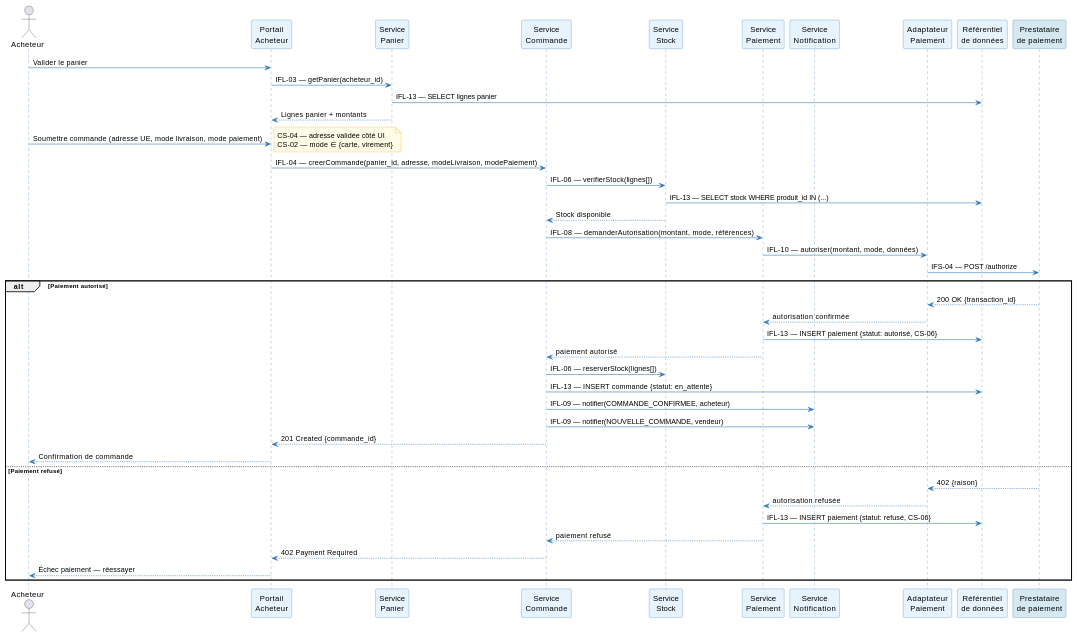
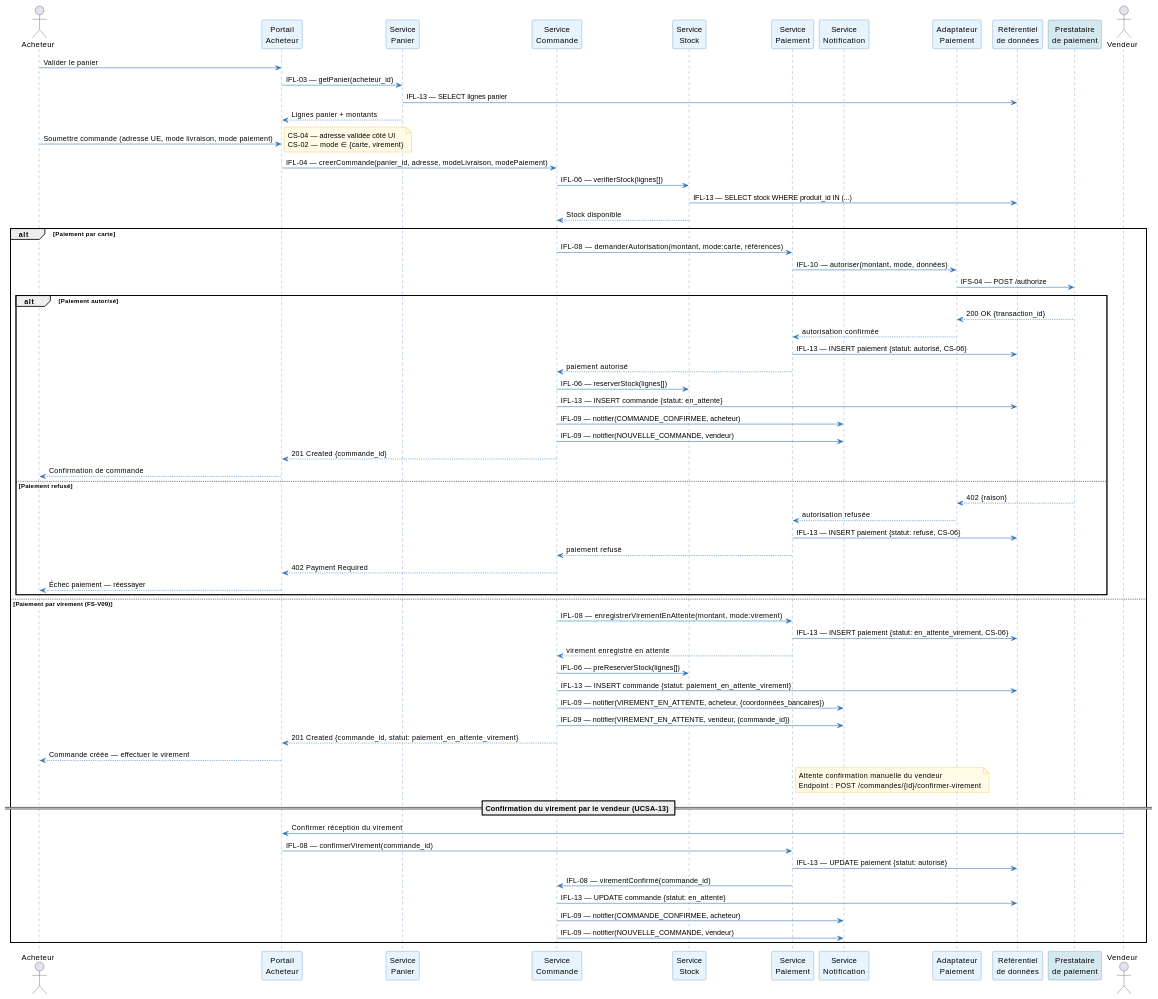
One commit to louistalvande/online_shop changed the third of 7 diagrams in architecture/03-logical-architecture/la.adoc. Above: the diagram before and after it, drawn with PlantUML. The commit also changed other lines of this file and 4 other files, not shown here.

```diff
--- a/architecture/03-logical-architecture/la.adoc
+++ b/architecture/03-logical-architecture/la.adoc
@@ -388,29 +373,57 @@
 SvcStock -> DB : IFL-13 — SELECT stock WHERE produit_id IN (...)
 SvcStock --> SvcOrder : Stock disponible
 
-SvcOrder -> SvcPayment : IFL-08 — demanderAutorisation(montant, mode, références)
-SvcPayment -> AdpPayment : IFL-10 — autoriser(montant, mode, données)
-AdpPayment -> ExtPayment : IFS-04 — POST /authorize
+alt Paiement par carte
+  SvcOrder -> SvcPayment : IFL-08 — demanderAutorisation(montant, mode:carte, références)
+  SvcPayment -> AdpPayment : IFL-10 — autoriser(montant, mode, données)
+  AdpPayment -> ExtPayment : IFS-04 — POST /authorize
 
-alt Paiement autorisé
-  ExtPayment --> AdpPayment : 200 OK {transaction_id}
-  AdpPayment --> SvcPayment : autorisation confirmée
-  SvcPayment -> DB : IFL-13 — INSERT paiement {statut: autorisé, CS-06}
-  SvcPayment --> SvcOrder : paiement autorisé
+  alt Paiement autorisé
+    ExtPayment --> AdpPayment : 200 OK {transaction_id}
+    AdpPayment --> SvcPayment : autorisation confirmée
+    SvcPayment -> DB : IFL-13 — INSERT paiement {statut: autorisé, CS-06}
+    SvcPayment --> SvcOrder : paiement autorisé
 
-  SvcOrder -> SvcStock : IFL-06 — reserverStock(lignes[])
-  SvcOrder -> DB : IFL-13 — INSERT commande {statut: en_attente}
+    SvcOrder -> SvcStock : IFL-06 — reserverStock(lignes[])
+    SvcOrder -> DB : IFL-13 — INSERT commande {statut: en_attente}
+    SvcOrder -> SvcNotif : IFL-09 — notifier(COMMANDE_CONFIRMEE, acheteur)
+    SvcOrder -> SvcNotif : IFL-09 — notifier(NOUVELLE_COMMANDE, vendeur)
+    SvcOrder --> UI : 201 Created {commande_id}
+    UI --> Buyer : Confirmation de commande
+
+  else Paiement refusé
+    ExtPayment --> AdpPayment : 402 {raison}
+    AdpPayment --> SvcPayment : autorisation refusée
+    SvcPayment -> DB : IFL-13 — INSERT paiement {statut: refusé, CS-06}
+    SvcPayment --> SvcOrder : paiement refusé
+    SvcOrder --> UI : 402 Payment Required
+    UI --> Buyer : Échec paiement — réessayer
+  end
+
+else Paiement par virement (FS-V09)
+  SvcOrder -> SvcPayment : IFL-08 — enregistrerVirementEnAttente(montant, mode:virement)
+  SvcPayment -> DB : IFL-13 — INSERT paiement {statut: en_attente_virement, CS-06}
+  SvcPayment --> SvcOrder : virement enregistré en attente
+  SvcOrder -> SvcStock : IFL-06 — preReserverStock(lignes[])
+  SvcOrder -> DB : IFL-13 — INSERT commande {statut: paiement_en_attente_virement}
+  SvcOrder -> SvcNotif : IFL-09 — notifier(VIREMENT_EN_ATTENTE, acheteur, {coordonnées_bancaires})
+  SvcOrder -> SvcNotif : IFL-09 — notifier(VIREMENT_EN_ATTENTE, vendeur, {commande_id})
+  SvcOrder --> UI : 201 Created {commande_id, statut: paiement_en_attente_virement}
+  UI --> Buyer : Commande créée — effectuer le virement
+
+  note right of SvcPayment
+    Attente confirmation manuelle du vendeur
+    Endpoint : POST /commandes/{id}/confirmer-virement
+  end note
+
+  == Confirmation du virement par le vendeur (UCSA-13) ==
+  actor Vendeur as Vendor2
+  Vendor2 -> UI : Confirmer réception du virement
+  UI -> SvcPayment : IFL-08 — confirmerVirement(commande_id)
+  SvcPayment -> DB : IFL-13 — UPDATE paiement {statut: autorisé}
+  SvcPayment -> SvcOrder : IFL-08 — virementConfirmé(commande_id)
+  SvcOrder -> DB : IFL-13 — UPDATE commande {statut: en_attente}
   SvcOrder -> SvcNotif : IFL-09 — notifier(COMMANDE_CONFIRMEE, acheteur)
   SvcOrder -> SvcNotif : IFL-09 — notifier(NOUVELLE_COMMANDE, vendeur)
-  SvcOrder --> UI : 201 Created {commande_id}
-  UI --> Buyer : Confirmation de commande
-
-else Paiement refusé
-  ExtPayment --> AdpPayment : 402 {raison}
-  AdpPayment --> SvcPayment : autorisation refusée
-  SvcPayment -> DB : IFL-13 — INSERT paiement {statut: refusé, CS-06}
-  SvcPayment --> SvcOrder : paiement refusé
-  SvcOrder --> UI : 402 Payment Required
-  UI --> Buyer : Échec paiement — réessayer
 end
 ----
```
